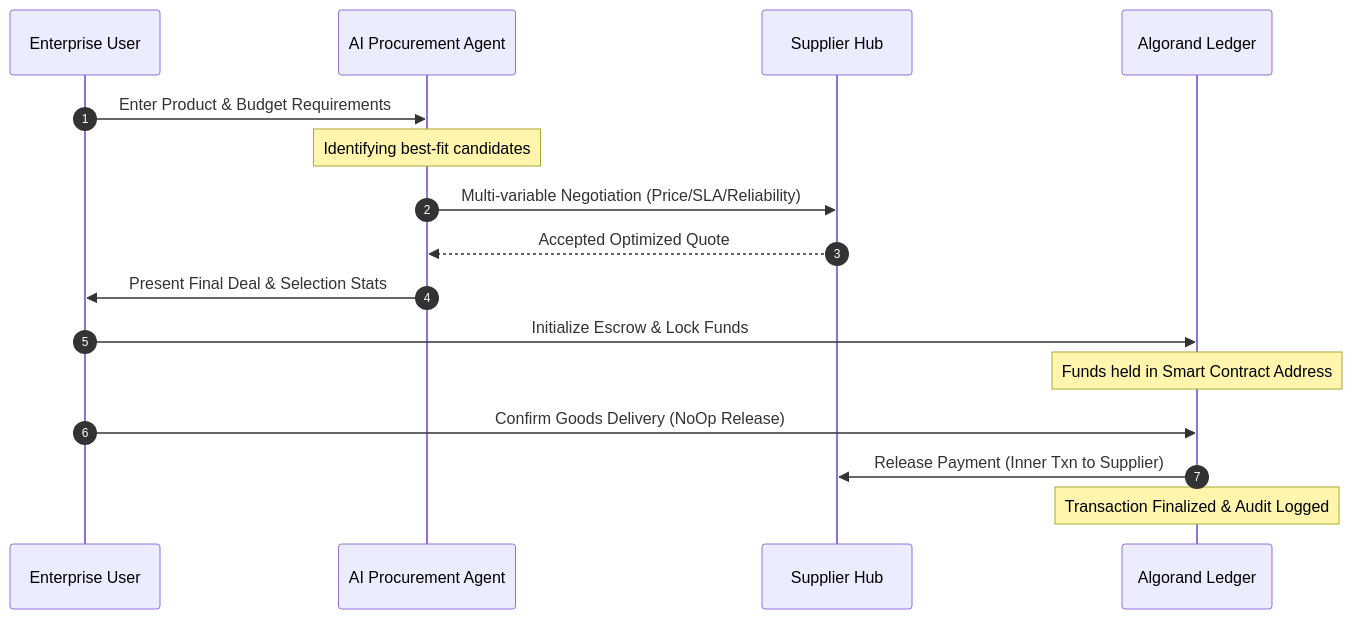
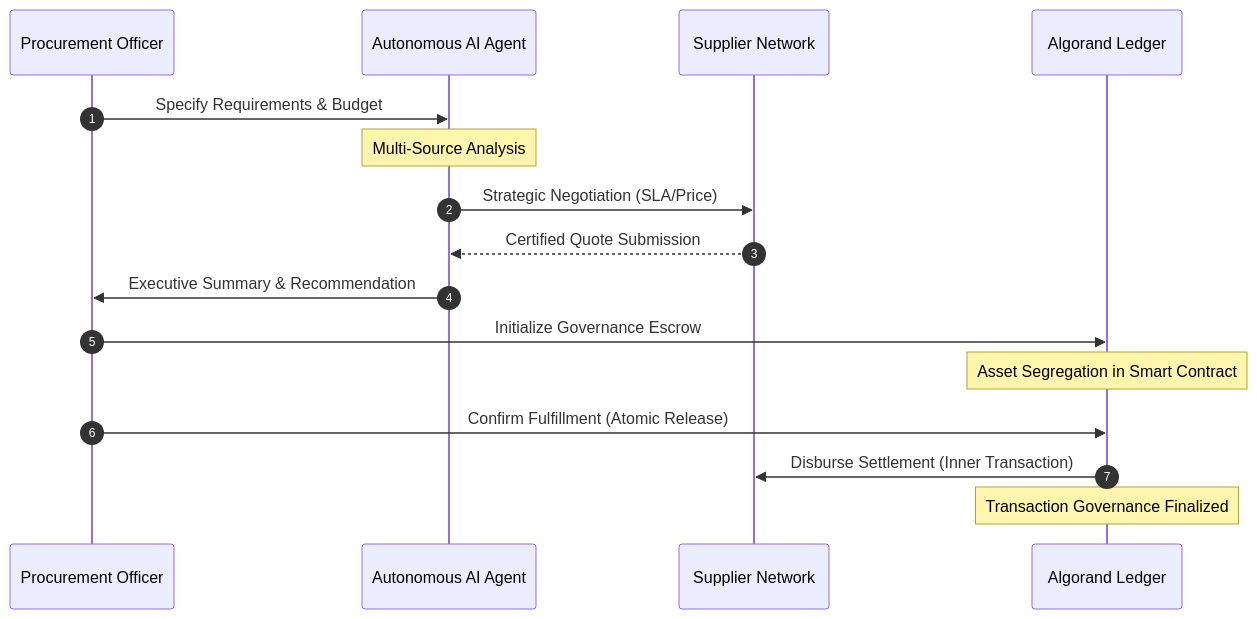
The second of 2 diagrams in README.md (VivekGoudAdula/Procure-AI), drawn with Mermaid before and after one commit. The commit also changed other lines of this file and 47 other files, not shown here.

Commit message:
feat: harden escrow txn flow - double-funding, unified signer, fix 404 confirm-delivery

````diff
--- a/README.md
+++ b/README.md
@@ -59,19 +57,19 @@
 ```mermaid
 sequenceDiagram
     autonumber
-    participant U as Enterprise User
-    participant A as AI Procurement Agent
-    participant S as Supplier Hub
+    participant U as Procurement Officer
+    participant A as Autonomous AI Agent
+    participant S as Supplier Network
     participant BC as Algorand Ledger
 
-    U->>A: Enter Product & Budget Requirements
-    Note over A: Identifying best-fit candidates
-    A->>S: Multi-variable Negotiation (Price/SLA/Reliability)
-    S-->>A: Accepted Optimized Quote
-    A->>U: Present Final Deal & Selection Stats
-    U->>BC: Initialize Escrow & Lock Funds
-    Note over BC: Funds held in Smart Contract Address
-    U->>BC: Confirm Goods Delivery (NoOp Release)
-    BC->>S: Release Payment (Inner Txn to Supplier)
-    Note over BC: Transaction Finalized & Audit Logged
+    U->>A: Specify Requirements & Budget
+    Note over A: Multi-Source Analysis
+    A->>S: Strategic Negotiation (SLA/Price)
+    S-->>A: Certified Quote Submission
+    A->>U: Executive Summary & Recommendation
+    U->>BC: Initialize Governance Escrow
+    Note over BC: Asset Segregation in Smart Contract
+    U->>BC: Confirm Fulfillment (Atomic Release)
+    BC->>S: Disburse Settlement (Inner Transaction)
+    Note over BC: Transaction Governance Finalized
 ```
````
